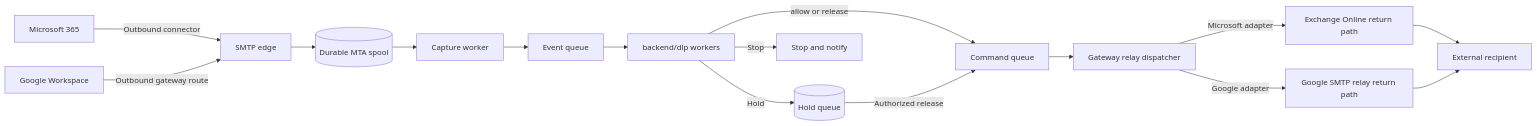
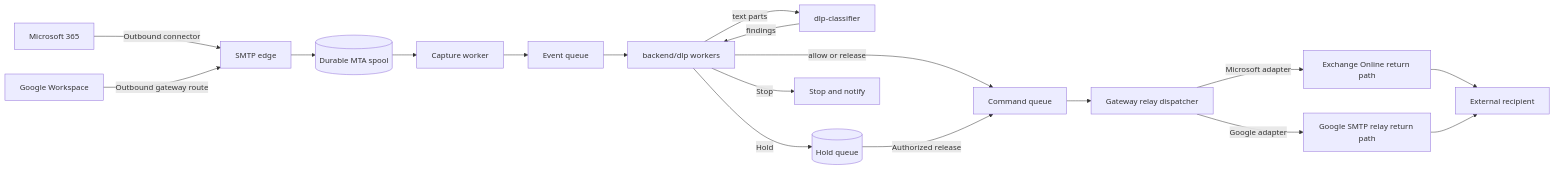
One commit to Himaya-AI/himaya-prod-azure changed the first of 10 diagrams in docs/DLP_INGRESS_GATEWAY_PLAN.md. Above: the diagram before and after it, drawn with Mermaid. The commit also changed other lines of this file and 4 other files, not shown here.

````diff
--- a/docs/DLP_INGRESS_GATEWAY_PLAN.md
+++ b/docs/DLP_INGRESS_GATEWAY_PLAN.md
@@ -34,21 +34,23 @@
 ```mermaid
 flowchart LR
     M365[Microsoft 365] -->|Outbound connector| Edge[SMTP edge]
     Google[Google Workspace] -->|Outbound gateway route| Edge
 
     Edge --> Spool[(Durable MTA spool)]
     Spool --> Capture[Capture worker]
     Capture --> Events[Event queue]
     Events --> Backend[backend/dlp workers]
+    Backend -->|text parts| Classifier[dlp-classifier]
+    Classifier -->|findings| Backend
     Backend -->|allow or release| Commands[Command queue]
     Backend -->|Hold| Hold[(Hold queue)]
     Backend -->|Stop| Stop[Stop and notify]
     Hold -->|Authorized release| Commands
     Commands --> Relay[Gateway relay dispatcher]
 
     Relay -->|Microsoft adapter| Exchange[Exchange Online return path]
     Relay -->|Google adapter| GmailRelay[Google SMTP relay return path]
 
     Exchange --> Recipient[External recipient]
     GmailRelay --> Recipient
 ```
````
